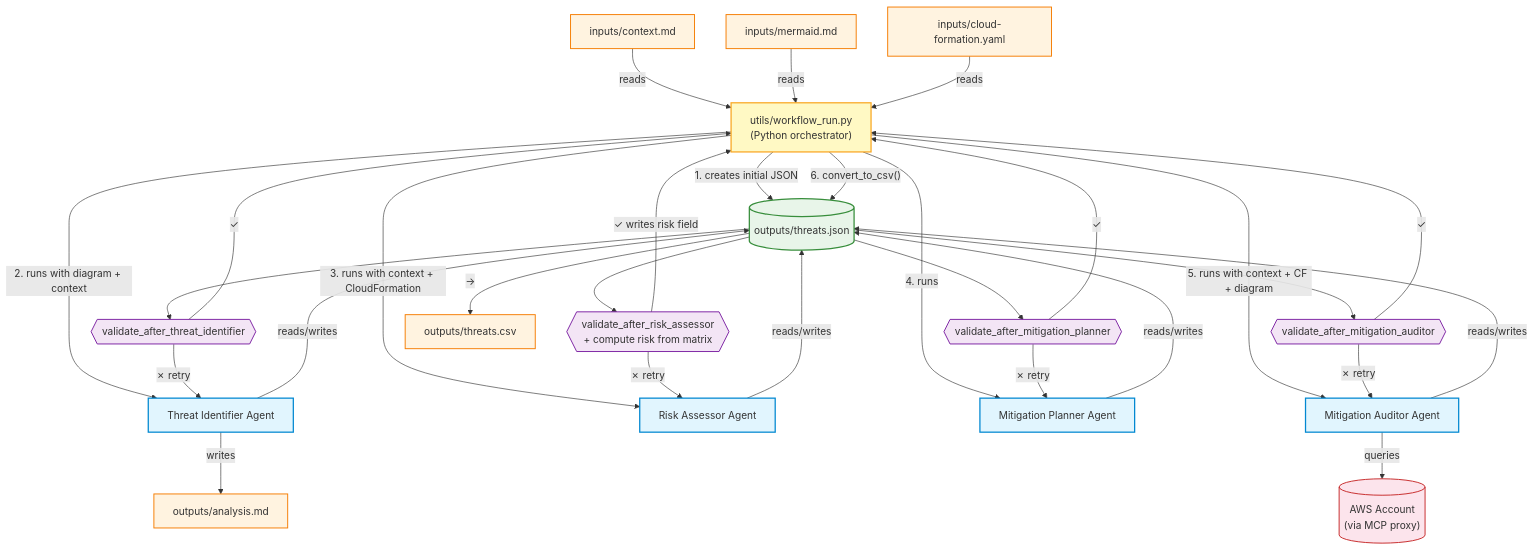
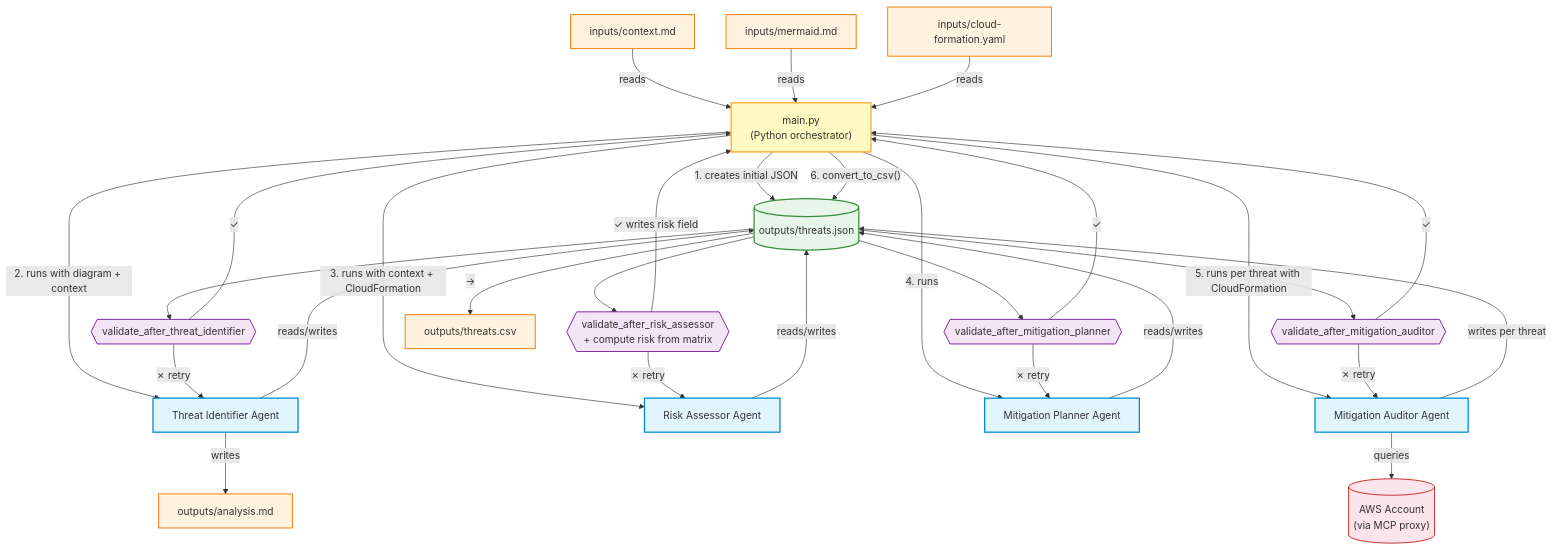
The diagram in 4_without_coordinator/workflow_diagram.md (StaniaKF/threat-modelling-agentic-worklfow), drawn with Mermaid before and after one commit. The commit also changed other lines of this file and 8 other files, not shown here.

Commit message:
chore: updates to readme and diagrams

````diff
--- a/4_without_coordinator/workflow_diagram.md
+++ b/4_without_coordinator/workflow_diagram.md
@@ -3,7 +3,7 @@
 ```mermaid
 flowchart TD
     %% Python orchestrator
-    script["utils/workflow_run.py\n(Python orchestrator)"]
+    script["main.py\n(Python orchestrator)"]
 
     %% Input files
     context["inputs/context.md"]
@@ -63,8 +63,8 @@
     v3 -->|"✓"| script
 
     %% Step 5: Mitigation Auditor + Validation
-    script -->|"5. runs with context + CF + diagram"| auditor
-    auditor -->|"reads/writes"| threats_json
+    script -->|"5. runs per threat with CloudFormation"| auditor
+    auditor -->|"writes per threat"| threats_json
     auditor -->|"queries"| aws
     threats_json --> v4
     v4 -->|"✗ retry"| auditor
````
